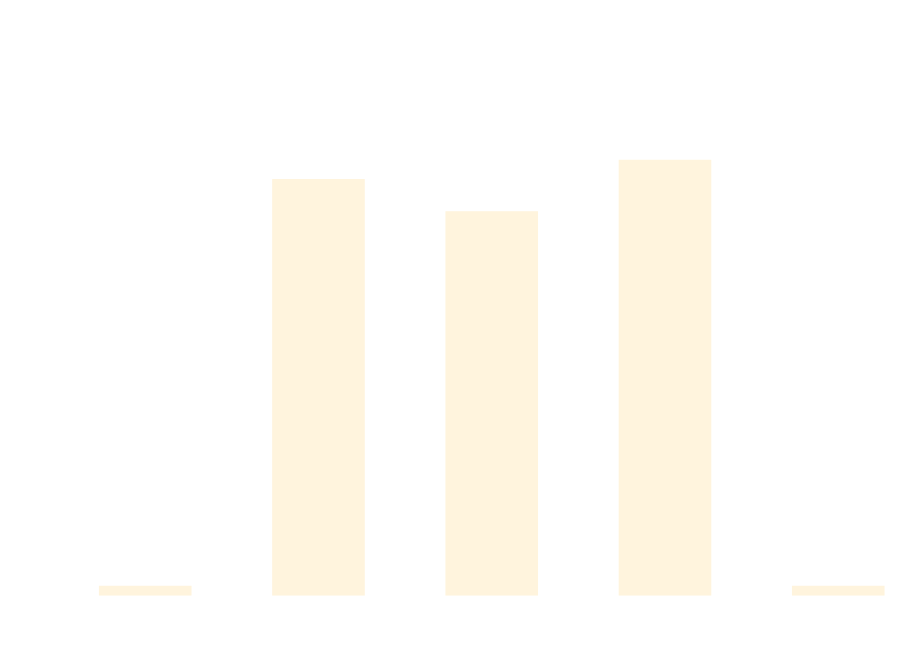
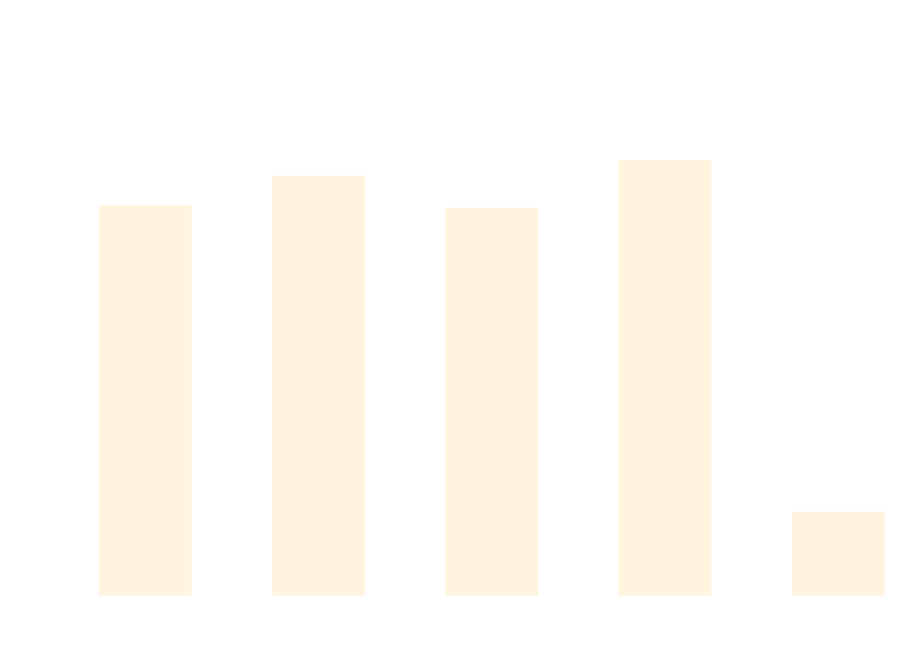
Before and after one commit to thomhurst/TUnit: the diagram in docs/docs/benchmarks/AsyncTests.md, drawn with Mermaid. The commit also changed other lines of this file and 16 other files, not shown here.

````diff
--- a/docs/docs/benchmarks/AsyncTests.md
+++ b/docs/docs/benchmarks/AsyncTests.md
@@ -27,37 +27,37 @@
 ```mermaid
 %%{init: {
   'theme':'base',
   'themeVariables': {
     'primaryColor': '#2563eb',
     'primaryTextColor': '#ffffff',
     'primaryBorderColor': '#1e40af',
     'lineColor': '#6b7280',
     'secondaryColor': '#7c3aed',
     'tertiaryColor': '#dc2626',
     'background': '#ffffff',
     'mainBkg': '#2563eb',
     'secondBkg': '#7c3aed',
     'tertiaryBkg': '#dc2626',
     'clusterBkg': '#f3f4f6',
     'edgeLabelBackground': '#ffffff',
     'tertiaryTextColor': '#1f2937',
     'pie1': '#2563eb',
     'pie2': '#7c3aed',
     'pie3': '#dc2626',
     'pie4': '#f59e0b',
     'pie5': '#10b981',
     'pie6': '#06b6d4',
     'pie7': '#ec4899',
     'pie8': '#6366f1',
     'pie9': '#84cc16',
     'pie10': '#f97316',
     'pie11': '#14b8a6',
     'pie12': '#a855f7'
   }
 }}%%
 xychart-beta
   title "AsyncTests Performance Comparison"
   x-axis ["TUnit", "NUnit", "MSTest", "xUnit3", "TUnit_AOT"]
-  y-axis "Time (ms)" 0 --> 900
-  bar [0, 716, 659.3, 749.9, 0]
+  y-axis "Time (ms)" 0 --> 855
+  bar [635.9, 686.1, 632.3, 712.2, 123.9]
 ```
````
